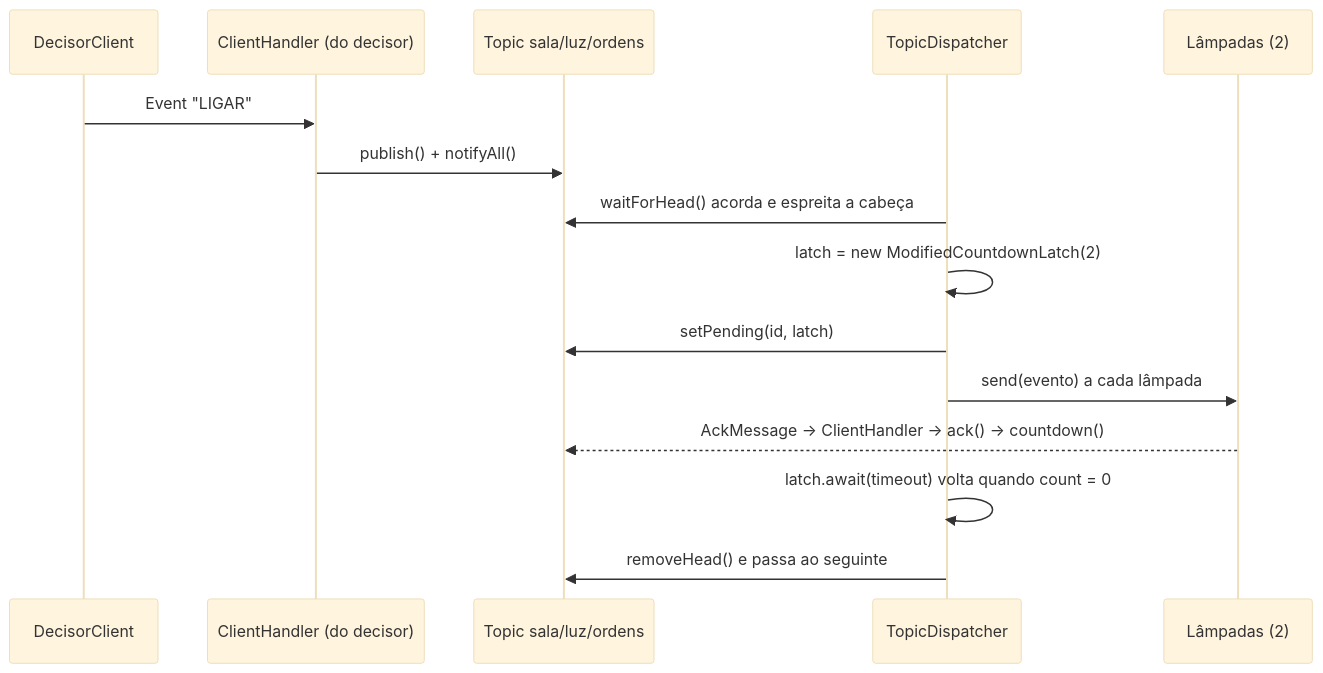
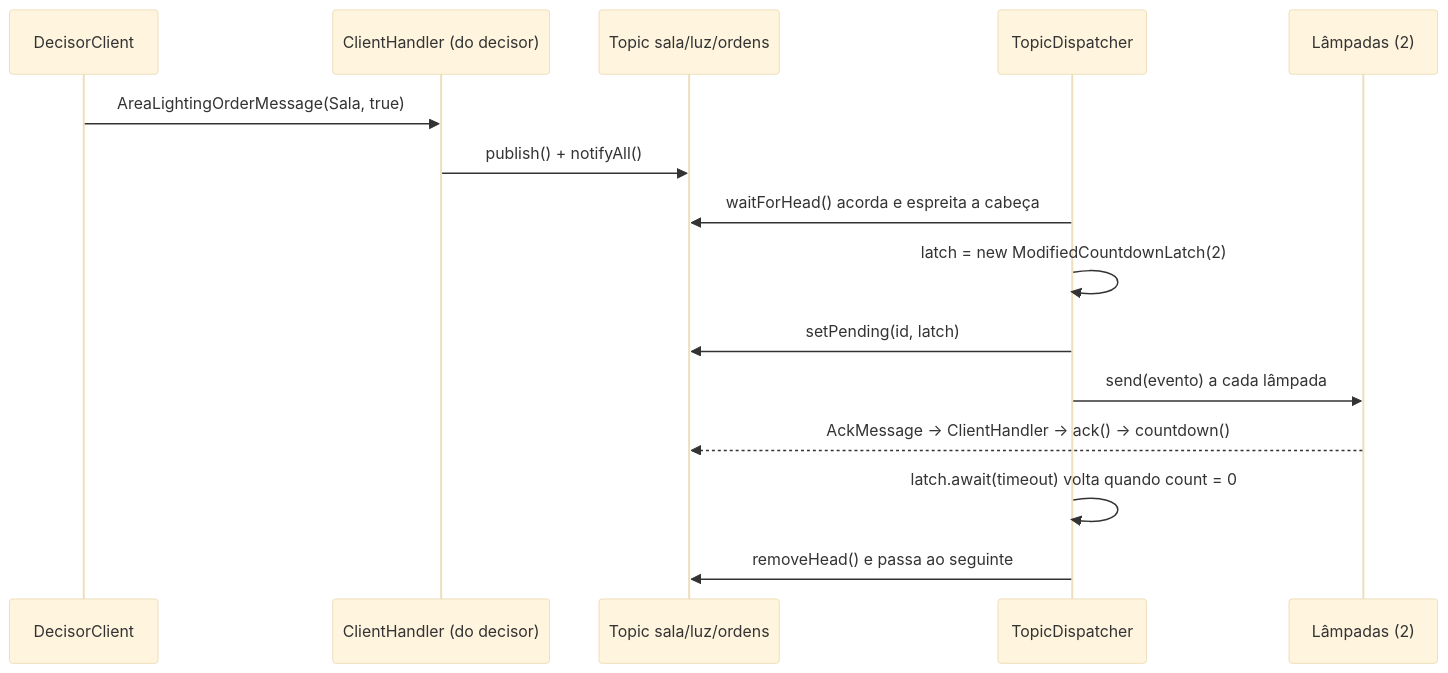
The third of 4 diagrams in docs/02-arquitetura.md (FredsonMu/IscoT-pcd), drawn with Mermaid (base theme) before and after one commit. The commit also changed other lines of this file and 39 other files, not shown here.

````diff
--- a/docs/02-arquitetura.md
+++ b/docs/02-arquitetura.md
@@ -71,17 +95,17 @@
 ```mermaid
 sequenceDiagram
   participant D as DecisorClient
   participant H as ClientHandler (do decisor)
   participant T as Topic sala/luz/ordens
   participant X as TopicDispatcher
   participant L as Lâmpadas (2)
-  D->>H: Event "LIGAR"
+  D->>H: AreaLightingOrderMessage(Sala, true)
   H->>T: publish() + notifyAll()
   X->>T: waitForHead() acorda e espreita a cabeça
   X->>X: latch = new ModifiedCountdownLatch(2)
   X->>T: setPending(id, latch)
   X->>L: send(evento) a cada lâmpada
   L-->>T: AckMessage → ClientHandler → ack() → countdown()
   X->>X: latch.await(timeout) volta quando count = 0
   X->>T: removeHead() e passa ao seguinte
 ```
````
